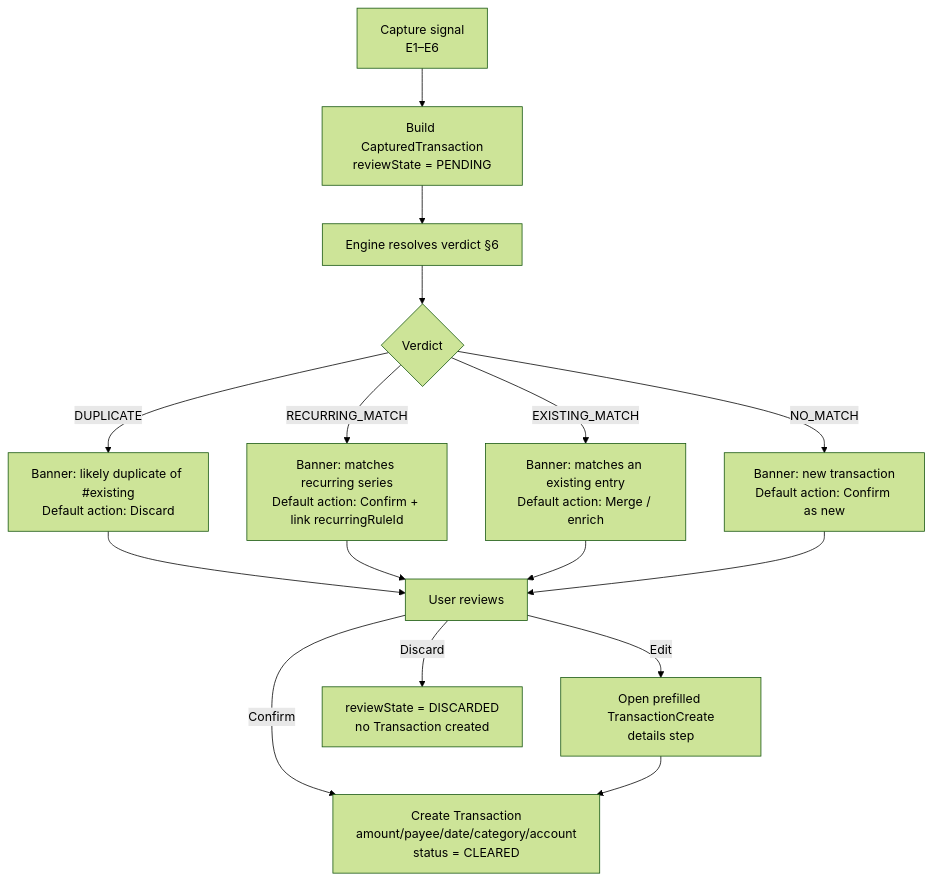
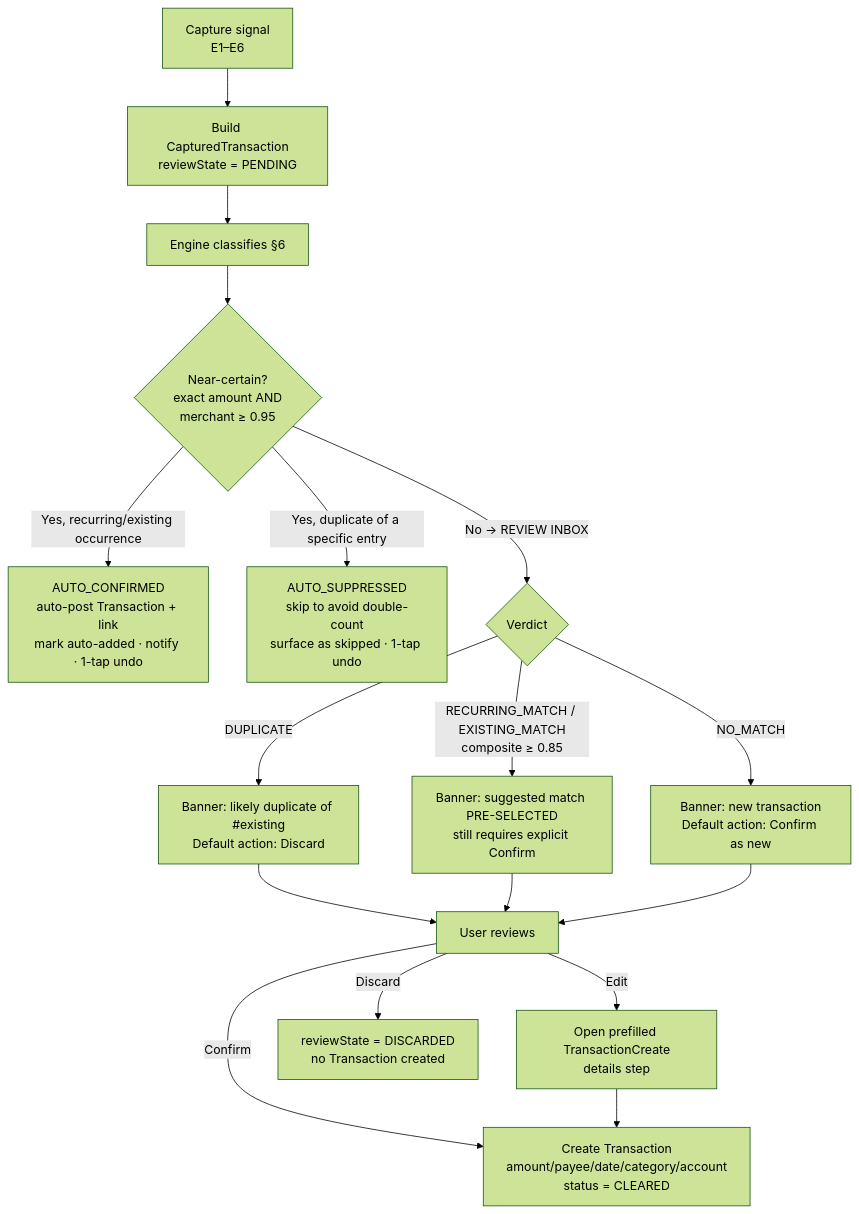
Before and after one commit to jrmoulckers/finance: the diagram in docs/design/ios-wallet-transaction-capture.md, drawn with Mermaid (forest theme). The commit also changed other lines of this file, not shown here.

First line of the commit message:
docs(design): hybrid auto-confirm policy for Wallet-adjacent capture (#2171)

````diff
--- a/docs/design/ios-wallet-transaction-capture.md
+++ b/docs/design/ios-wallet-transaction-capture.md
@@ -277,17 +322,18 @@
 ```mermaid
 flowchart TD
     A[Capture signal<br/>E1–E6] --> B[Build CapturedTransaction<br/>reviewState = PENDING]
-    B --> C[Engine resolves verdict §6]
-    C --> D{Verdict}
+    B --> C[Engine classifies §6]
+    C --> Z{Near-certain?<br/>exact amount AND<br/>merchant ≥ 0.95}
+    Z -->|Yes, recurring/existing occurrence| Y[AUTO_CONFIRMED<br/>auto-post Transaction + link<br/>mark auto-added · notify · 1-tap undo]
+    Z -->|Yes, duplicate of a specific entry| X[AUTO_SUPPRESSED<br/>skip to avoid double-count<br/>surface as skipped · 1-tap undo]
+    Z -->|No → REVIEW INBOX| D{Verdict}
     D -->|DUPLICATE| E[Banner: likely duplicate of #existing<br/>Default action: Discard]
-    D -->|RECURRING_MATCH| F[Banner: matches recurring series<br/>Default action: Confirm + link recurringRuleId]
-    D -->|EXISTING_MATCH| G[Banner: matches an existing entry<br/>Default action: Merge / enrich]
+    D -->|RECURRING_MATCH / EXISTING_MATCH<br/>composite ≥ 0.85| G[Banner: suggested match PRE-SELECTED<br/>still requires explicit Confirm]
     D -->|NO_MATCH| H[Banner: new transaction<br/>Default action: Confirm as new]
     E --> I[User reviews]
-    F --> I
     G --> I
     H --> I
     I -->|Confirm| J[Create Transaction<br/>amount/payee/date/category/account<br/>status = CLEARED]
     I -->|Edit| K[Open prefilled TransactionCreate<br/>details step] --> J
     I -->|Discard| L[reviewState = DISCARDED<br/>no Transaction created]
 ```
````
